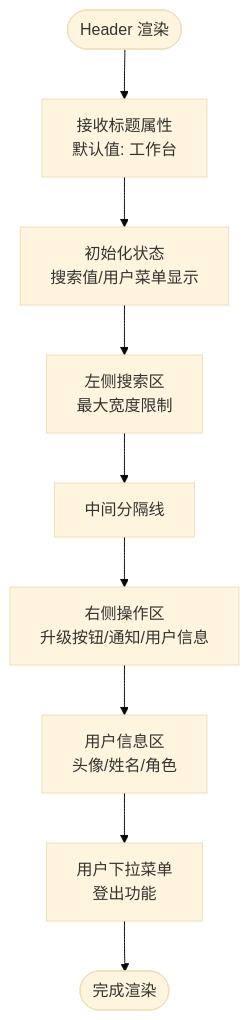
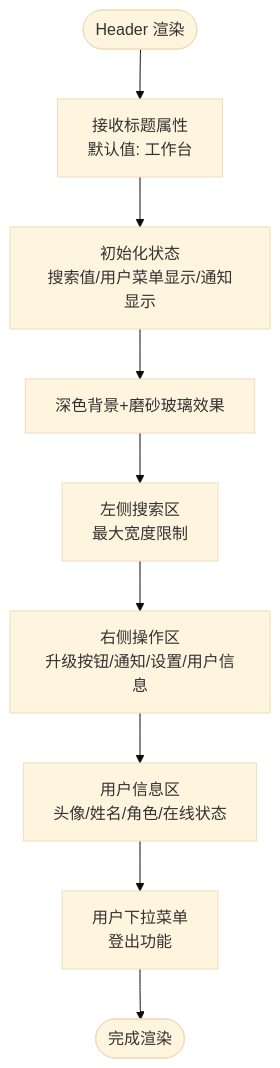
One commit to xianjianshenqu/SalesFlow-CRM changed the third of 7 diagrams in .qoder/repowiki/zh/content/核心组件/头部组件 (Header).md. Above: the diagram before and after it, drawn with Mermaid (base theme). The commit also changed other lines of this file and 9 other files, not shown here.

````diff
--- a/.qoder/repowiki/zh/content/核心组件/头部组件 (Header).md
+++ b/.qoder/repowiki/zh/content/核心组件/头部组件 (Header).md
@@ -131,11 +129,11 @@
 ```mermaid
 flowchart TD
 Start(["Header 渲染"]) --> Props["接收标题属性<br/>默认值: 工作台"]
-Props --> State["初始化状态<br/>搜索值/用户菜单显示"]
-State --> Search["左侧搜索区<br/>最大宽度限制"]
-Search --> Center["中间分隔线"]
-Center --> Right["右侧操作区<br/>升级按钮/通知/用户信息"]
-Right --> User["用户信息区<br/>头像/姓名/角色"]
+Props --> State["初始化状态<br/>搜索值/用户菜单显示/通知显示"]
+State --> Glass["深色背景+磨砂玻璃效果"]
+Glass --> Search["左侧搜索区<br/>最大宽度限制"]
+Search --> Right["右侧操作区<br/>升级按钮/通知/设置/用户信息"]
+Right --> User["用户信息区<br/>头像/姓名/角色/在线状态"]
 User --> Menu["用户下拉菜单<br/>登出功能"]
 Menu --> End(["完成渲染"])
 ```
````
